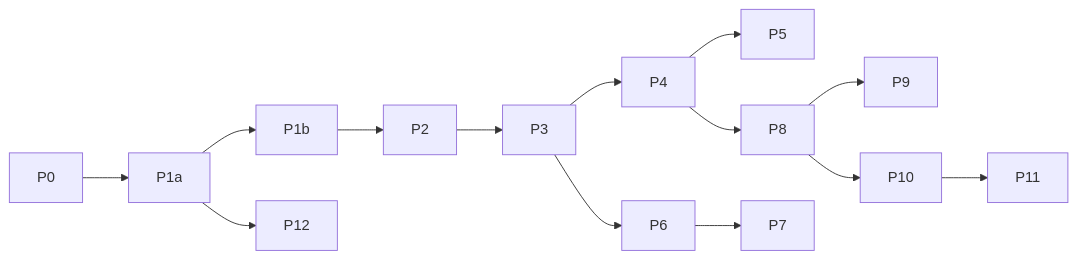
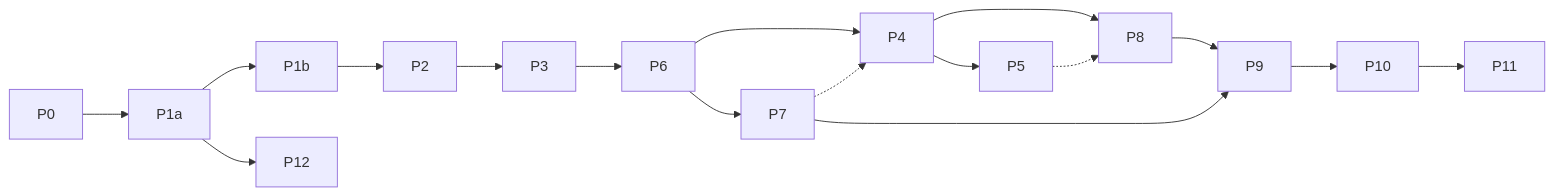
The diagram in docs/specs/950-agent-kernel-studio/later-phases.md (DhananjayaR/agent-kernel), drawn with Mermaid before and after one commit. The commit also changed other lines of this file and 1 other file, not shown here.

````diff
--- a/docs/specs/950-agent-kernel-studio/later-phases.md
+++ b/docs/specs/950-agent-kernel-studio/later-phases.md
@@ -22,9 +36,11 @@
 ```mermaid
 flowchart LR
   P0 --> P1a --> P1b --> P2 --> P3
-  P3 --> P4 --> P5
   P3 --> P6 --> P7
-  P4 --> P8 --> P9
-  P8 --> P10 --> P11
+  P6 --> P4 --> P5
+  P7 -.-> P4
+  P4 --> P8 --> P9 --> P10 --> P11
+  P7 --> P9
+  P5 -.-> P8
   P1a --> P12
 ```
````
